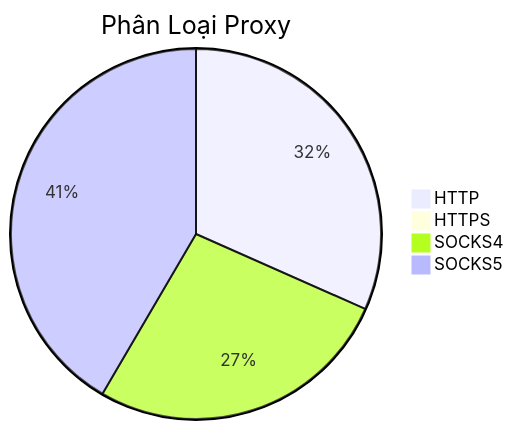
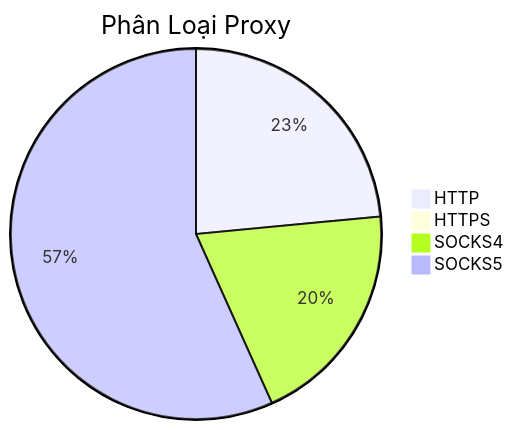
The diagram in README.md (Ciara-Aa/PROXY-free), drawn with Mermaid before and after one commit. The commit also changed other lines of this file and 4 other files, not shown here.

````diff
--- a/README.md
+++ b/README.md
@@ -26,7 +26,7 @@
 ```mermaid
 pie title Phân Loại Proxy
-    "HTTP" : 379
-    "HTTPS" : 3
-    "SOCKS4" : 321
-    "SOCKS5" : 498
+    "HTTP" : 278
+    "HTTPS" : 2
+    "SOCKS4" : 234
+    "SOCKS5" : 671
 ```
````
